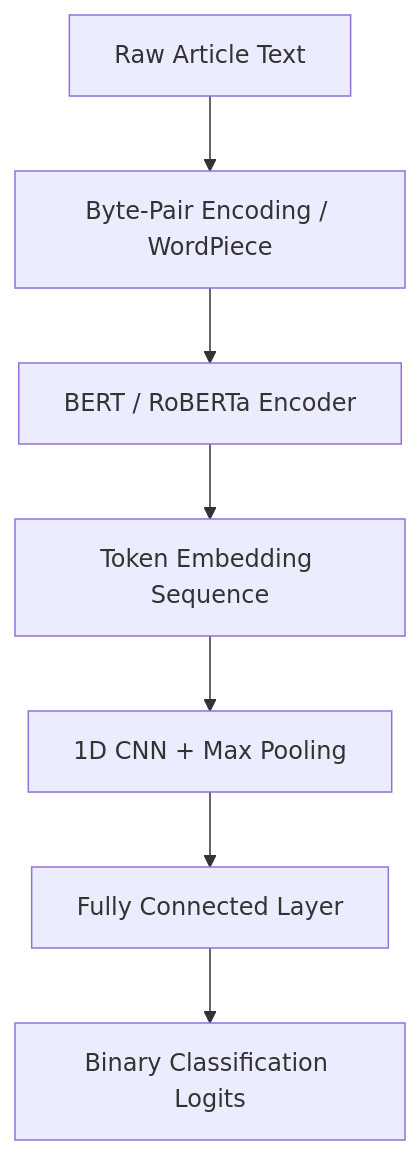
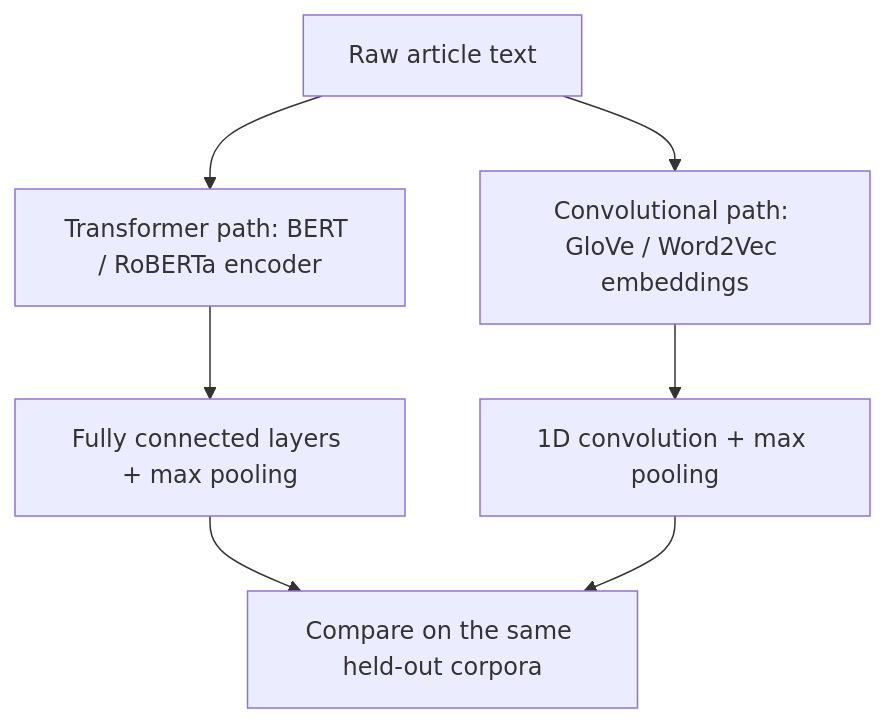
One commit to AbanoubElkess/abanoubelkess.github.io changed the diagram in _projects/12_fake_news_detection.md. Above: the diagram before and after it, drawn with Mermaid. The commit also changed other lines of this file and 19 other files, not shown here.

````diff
--- a/_projects/12_fake_news_detection.md
+++ b/_projects/12_fake_news_detection.md
@@ -29,9 +29,9 @@
 ```mermaid
 graph TD
-    Input[Raw Article Text] --> Tokenizer[Byte-Pair Encoding / WordPiece]
-    Tokenizer --> Transformer[BERT / RoBERTa Encoder]
-    Transformer --> Embeddings[Token Embedding Sequence]
-    Embeddings --> CNN[1D CNN + Max Pooling]
-    CNN --> Dense[Fully Connected Layer]
-    Dense --> Output[Binary Classification Logits]
+    Input[Raw article text] --> A[Transformer path: BERT / RoBERTa encoder]
+    Input --> B[Convolutional path: GloVe / Word2Vec embeddings]
+    A --> AF[Fully connected layers + max pooling]
+    B --> BF[1D convolution + max pooling]
+    AF --> Compare[Compare on the same held-out corpora]
+    BF --> Compare
 ```
````
